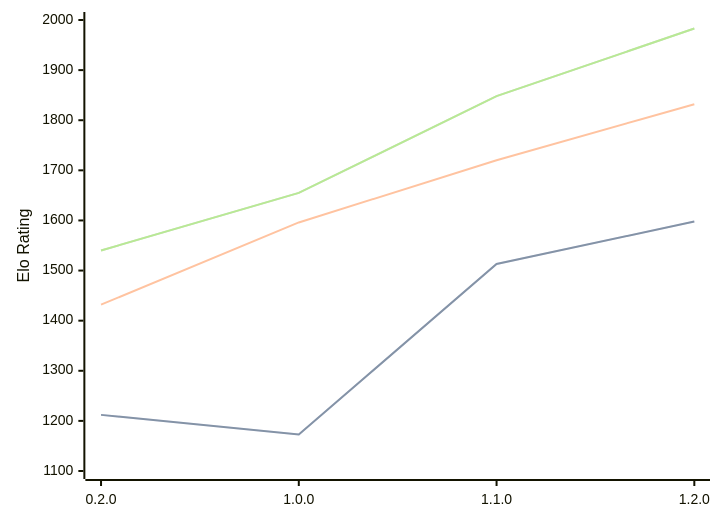
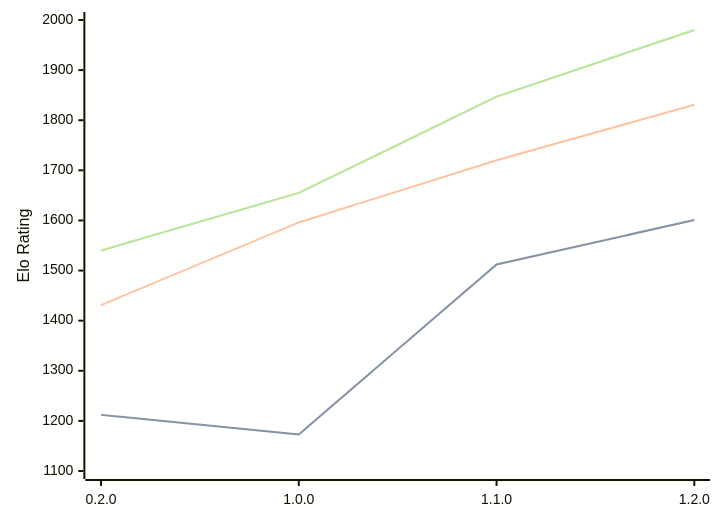
Before and after one commit to computer-chess-index/cci: the diagram in engines/Zeppelin.md, drawn with Mermaid. The commit also changed other lines of this file, not shown here.

Commit message:
Update CCI Ratings (ELO VLTC) - 2026-03-01

````diff
--- a/engines/Zeppelin.md
+++ b/engines/Zeppelin.md
@@ -34,11 +34,11 @@
 ```mermaid
 %%{init: {"theme":"base","themeVariables":{"seriesColors:['#a3a3a3','#222221','#faa371']}}}%%
 xychart-beta
   x-axis ["0.2.0", "1.0.0", "1.1.0", "1.2.0"]
   y-axis "Elo Rating" 1100 --> 2000
-  line "STC (8.0+0.08s)" [1212, 1173, 1513, 1598]
-  line "STC (8.0+0.08s)" [1212, 1173, 1513, 1598]
-  line "LTC (60.0+0.60s)" [1432, 1596, 1720, 1832]
-  line "VLTC (2m24s+1.12s)" [1540, 1655, 1848, 1983]
-  line "VLTC (2m24s+1.12s)" [1540, 1655, 1848, 1983]
+  line "STC (8.0+0.08s)" [1212, 1173, 1512, 1601]
+  line "STC (8.0+0.08s)" [1212, 1173, 1512, 1601]
+  line "LTC (60.0+0.60s)" [1431, 1596, 1720, 1831]
+  line "VLTC (2m24s+1.12s)" [1540, 1655, 1847, 1980]
+  line "VLTC (2m24s+1.12s)" [1540, 1655, 1847, 1980]
 ```
````
